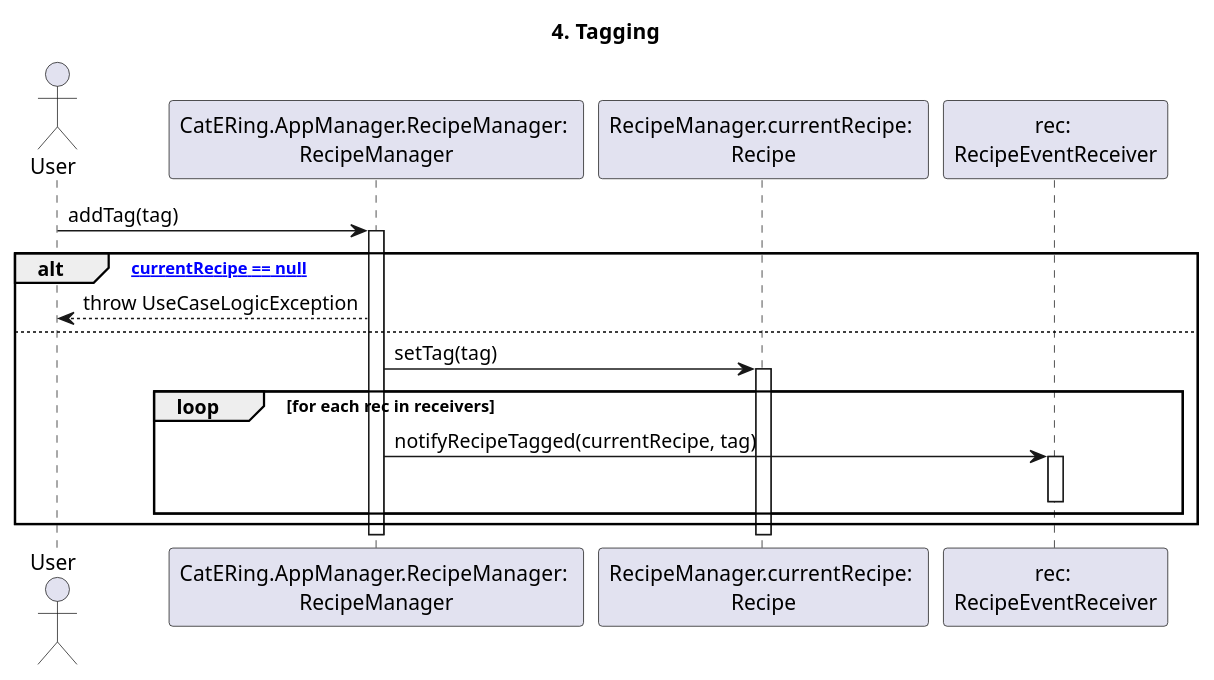
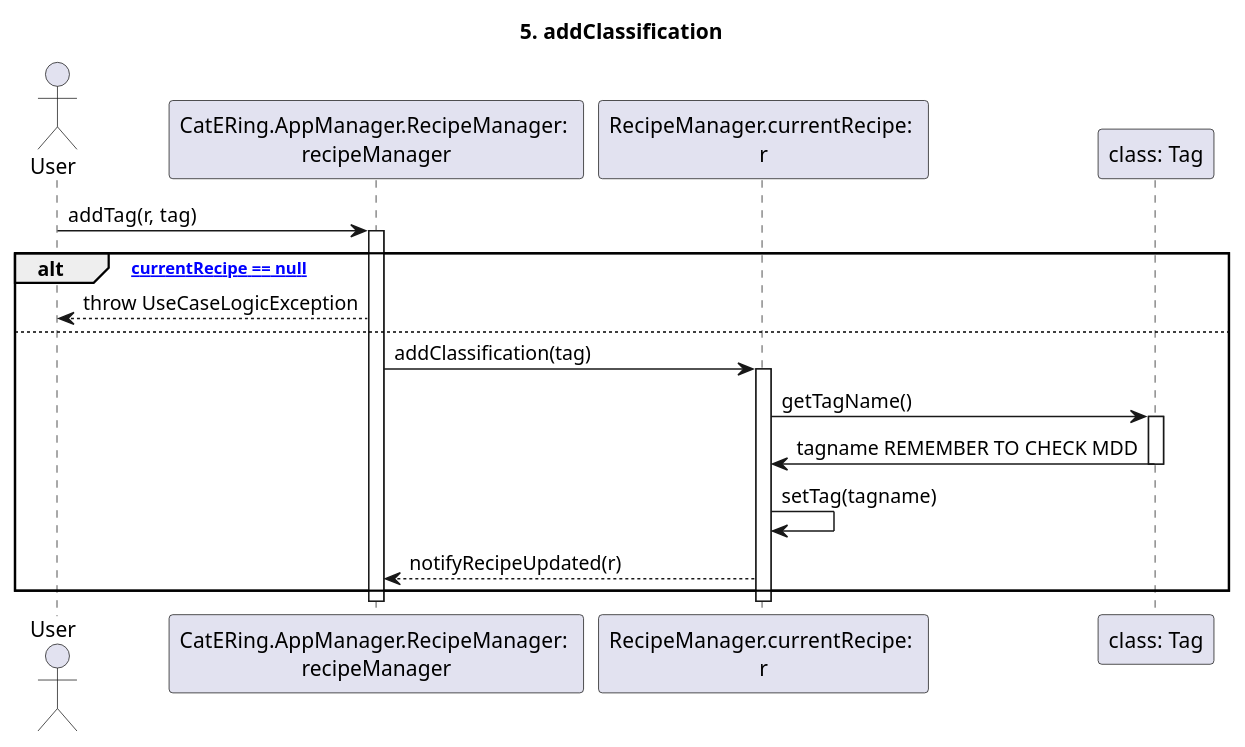
Before and after one commit to m0canu1/sas: the diagram in dsd/dsd-ricette/4-tagging.md, drawn with PlantUML. The commit also changed 6 other files, not shown here.

````diff
--- a/dsd/dsd-ricette/4-tagging.md
+++ b/dsd/dsd-ricette/4-tagging.md
@@ -1,30 +1,29 @@
 ```plantuml
 
-title: 4. Tagging
+title: 5. addClassification
 
 Actor User
-Participant "CatERing.AppManager.RecipeManager: \nRecipeManager" as RM
-Participant "RecipeManager.currentRecipe: \nRecipe" as CR
-Participant "rec: \nRecipeEventReceiver" as RER
+Participant "CatERing.AppManager.RecipeManager: \nrecipeManager" as RM
+Participant "RecipeManager.currentRecipe: \nr" as CR
 
-User -> RM: addTag(tag)
+User -> RM: addTag(r, tag)
 Activate RM
 
 alt ["currentRecipe == null"]
 	RM --> User: throw UseCaseLogicException
 else
-    RM -> CR: setTag(tag)
+	RM -> CR: addClassification(tag)
 	Activate CR
 
-	
-	loop for each rec in receivers
-		RM -> RER: notifyRecipeTagged(currentRecipe, tag)
-		activate RER
-		deactivate RER
-	end
+	CR -> "class: Tag": getTagName()
+	Activate "class: Tag"
+	"class: Tag" -> CR: tagname REMEMBER TO CHECK MDD
+	Deactivate "class: Tag"
+	CR -> CR: setTag(tagname)
+	CR --> RM: notifyRecipeUpdated(r)
 end
 Deactivate CR
 Deactivate RM
 
 
 ```
````
